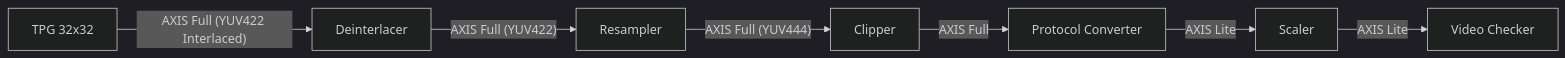
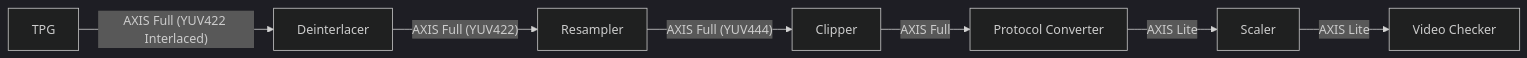
Before and after one commit to 10xEngineersTech/altera_video_pipeline: the diagram in README.md, drawn with Mermaid (dark theme). The commit also changed other lines of this file, not shown here.

````diff
--- a/README.md
+++ b/README.md
@@ -30,9 +37,9 @@
 ```mermaid
 graph LR
-    A[TPG 32x32] -- "AXIS Full (YUV422 Interlaced)" --> DIL[Deinterlacer]
+    A[TPG] -- "AXIS Full (YUV422 Interlaced)" --> DIL[Deinterlacer]
     DIL -- "AXIS Full (YUV422)" --> R[Resampler]
     R -- "AXIS Full (YUV444)" --> B[Clipper]
     B -- "AXIS Full" --> C[Protocol Converter]
     C -- "AXIS Lite" --> D[Scaler]
     D -- "AXIS Lite" --> E[Video Checker]
 ```
````
